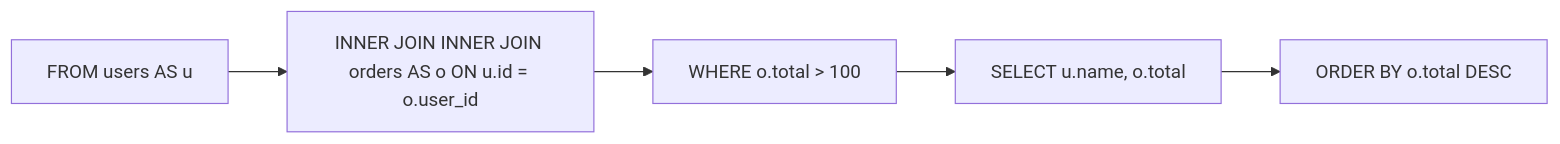
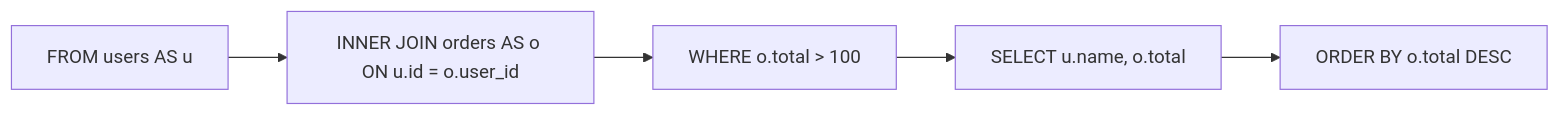
One commit to rot1024/sqloflow changed the diagram in examples/join.mmd. Above: the diagram before and after it, drawn with Mermaid. The commit also changed 51 other files, not shown here.

Commit message:
feat: impl schema view renderer

```diff
--- a/examples/join.mmd
+++ b/examples/join.mmd
@@ -1,10 +1,10 @@
 flowchart LR
     node_0[FROM users AS u]
-    node_1["INNER JOIN INNER JOIN orders AS o ON u.id = o.user_id"]
+    node_1["INNER JOIN orders AS o ON u.id = o.user_id"]
     node_2["WHERE o.total &gt; 100"]
     node_3["SELECT u.name, o.total"]
     node_4["ORDER BY o.total DESC"]
     node_0 --> node_1
     node_1 --> node_2
     node_2 --> node_3
     node_3 --> node_4
```
